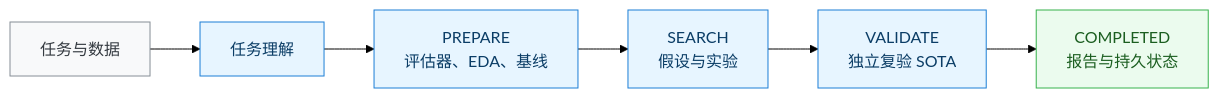
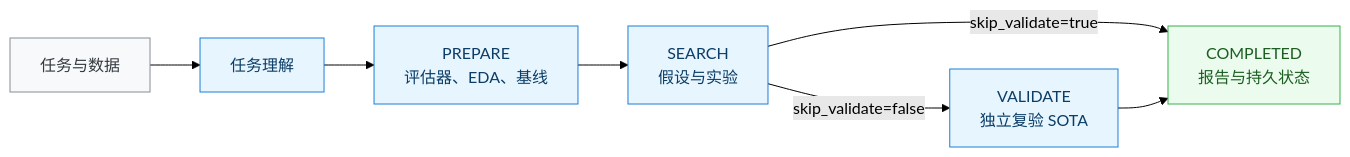
One commit to FakeEyes2Wo/Athena changed the first of 4 diagrams in docs/athena-guide/06-workflow.md. Above: the diagram before and after it, drawn with Mermaid (forest theme). The commit also changed other lines of this file, not shown here.

Commit message:
docs: clarify skip validate workflow boundary

````diff
--- a/docs/athena-guide/06-workflow.md
+++ b/docs/athena-guide/06-workflow.md
@@ -13,15 +14,16 @@
 ```mermaid
 flowchart LR
   INPUT["任务与数据"] --> CLARIFY["任务理解"]
   CLARIFY --> PREPARE["PREPARE<br/>评估器、EDA、基线"]
   PREPARE --> SEARCH["SEARCH<br/>假设与实验"]
-  SEARCH --> VALIDATE["VALIDATE<br/>独立复验 SOTA"]
+  SEARCH -->|skip_validate=false| VALIDATE["VALIDATE<br/>独立复验 SOTA"]
+  SEARCH -->|skip_validate=true| DONE
   VALIDATE --> DONE["COMPLETED<br/>报告与持久状态"]
 
   classDef input fill:#f8f9fa,stroke:#868e96,color:#343a40;
   classDef phase fill:#e7f5ff,stroke:#1c7ed6,color:#0b3d66;
   classDef done fill:#ebfbee,stroke:#37b24d,color:#1b5e20;
   class INPUT input;
   class CLARIFY,PREPARE,SEARCH,VALIDATE phase;
   class DONE done;
 ```
````
